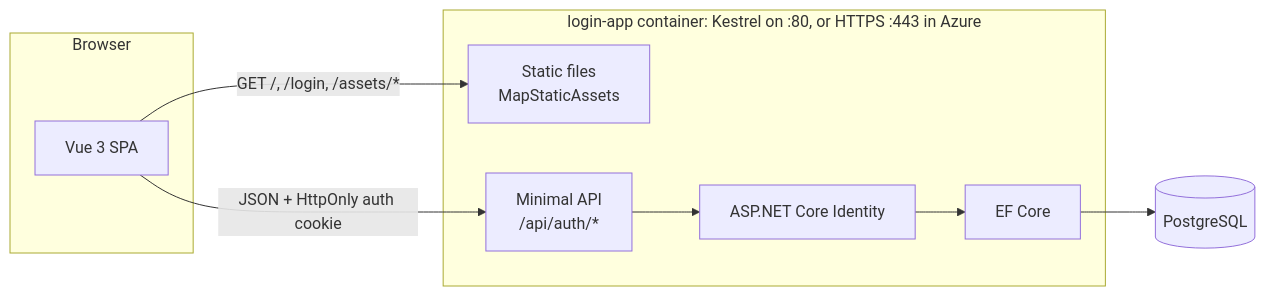
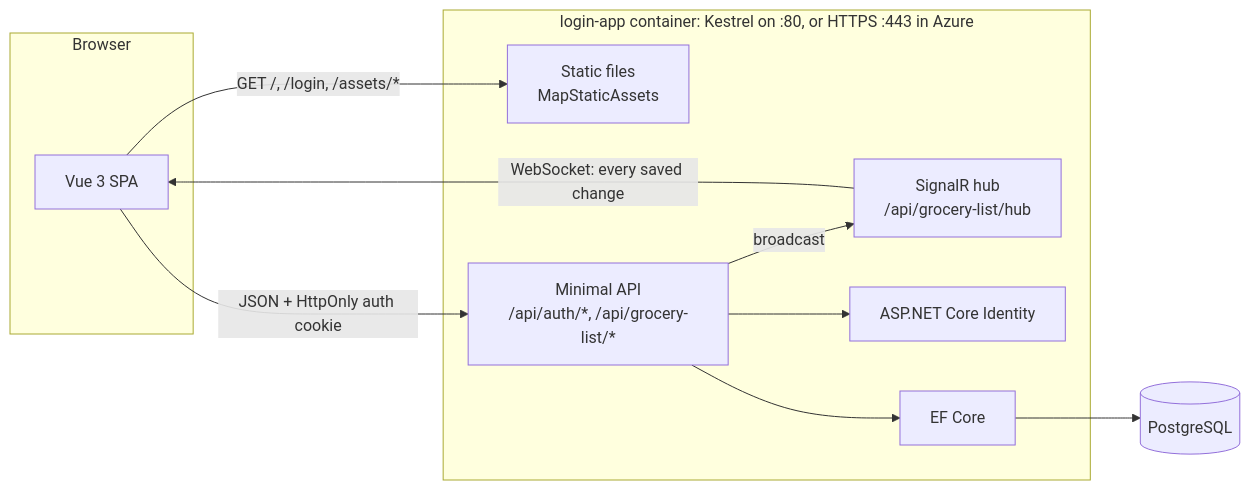
Before and after one commit to biffkittz/login-app: the first of 3 diagrams in docs/ARCHITECTURE.md, drawn with Mermaid. The commit also changed other lines of this file and 114 other files, not shown here.

````diff
--- a/docs/ARCHITECTURE.md
+++ b/docs/ARCHITECTURE.md
@@ -8,15 +10,19 @@
 ```mermaid
 flowchart LR
   subgraph browser[Browser]
     spa[Vue 3 SPA]
   end
   subgraph container[login-app container: Kestrel on :80, or HTTPS :443 in Azure]
     static[Static files<br/>MapStaticAssets]
-    api[Minimal API<br/>/api/auth/*]
+    api[Minimal API<br/>/api/auth/*, /api/grocery-list/*]
+    hub[SignalR hub<br/>/api/grocery-list/hub]
     identity[ASP.NET Core Identity]
     ef[EF Core]
   end
   spa -- "GET /, /login, /assets/*" --> static
   spa -- "JSON + HttpOnly auth cookie" --> api
-  api --> identity --> ef --> pg[(PostgreSQL)]
+  hub -- "WebSocket: every saved change" --> spa
+  api -- "broadcast" --> hub
+  api --> identity
+  api --> ef --> pg[(PostgreSQL)]
 ```
````
